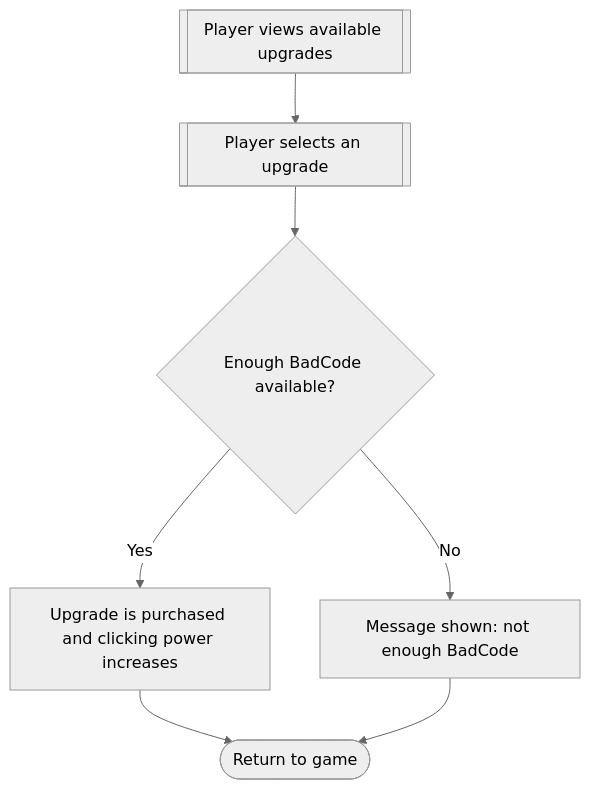
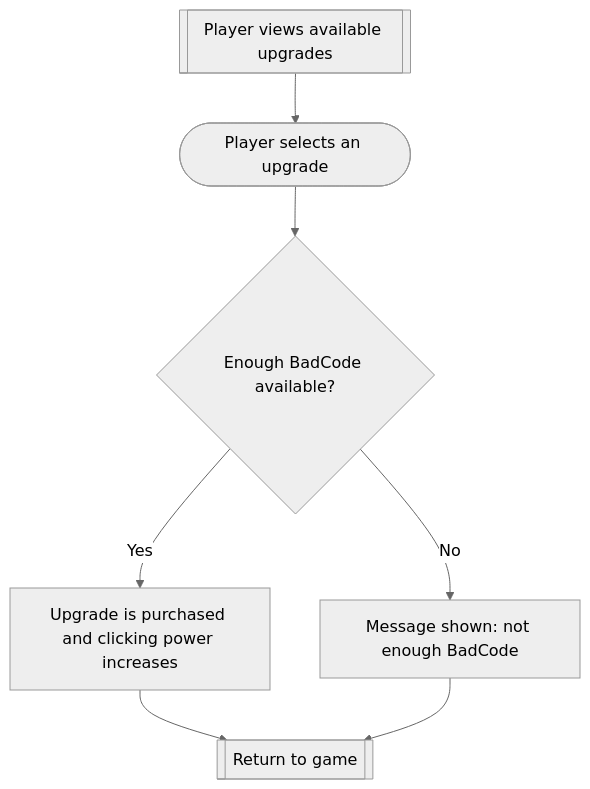
The second of 2 diagrams in flows.md (MoulikB/2452-project), drawn with Mermaid (neutral theme) before and after one commit. The commit also changed other lines of this file and 1 other file, not shown here.

Commit message:
Final touches

````diff
--- a/flows.md
+++ b/flows.md
@@ -35,13 +35,13 @@
 ```mermaid
 flowchart TD
     view[[Player views available upgrades]]
-    select[[Player selects an upgrade]]
+    select([Player selects an upgrade])
     enough{Enough BadCode available?}
     success[Upgrade is purchased and clicking power increases]
     fail[Message shown: not enough BadCode]
-    endUpgrade([Return to game])
+    endUpgrade[[Return to game]]
 
     view --> select --> enough
     enough -->|Yes| success --> endUpgrade
     enough -->|No| fail --> endUpgrade
 ```
````
